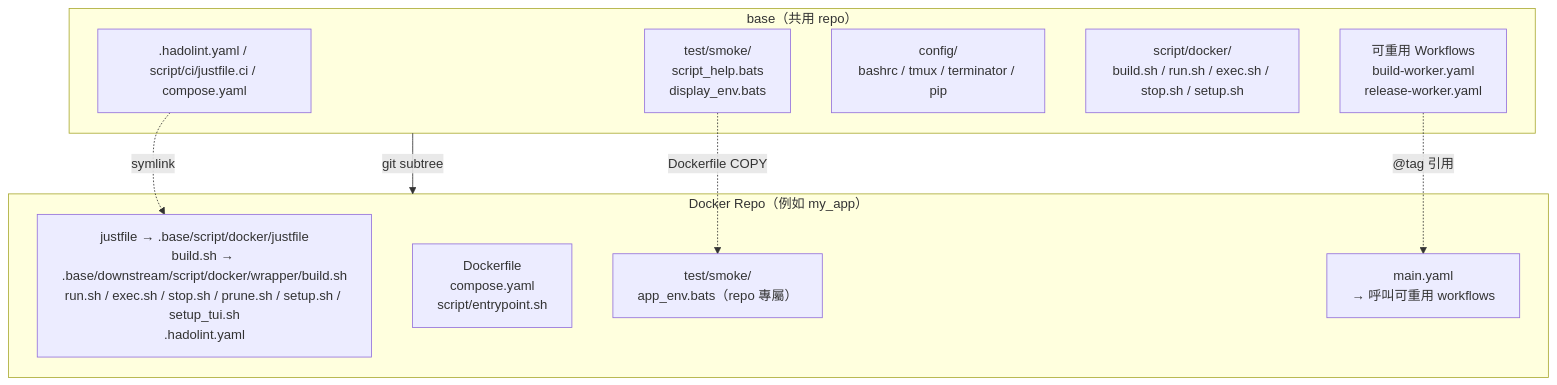
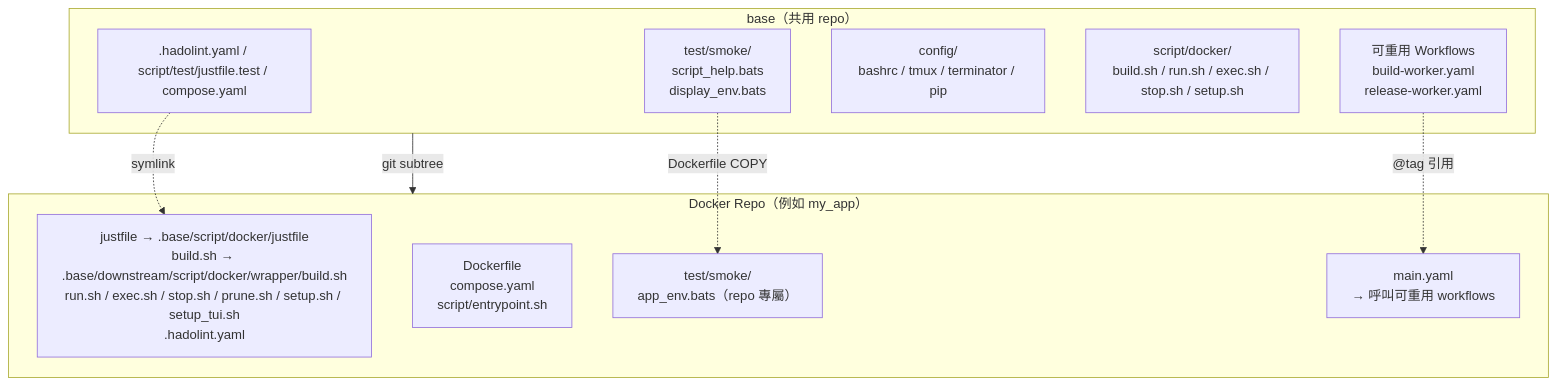
Before and after one commit to ycpss91255-docker/base: the first of 2 diagrams in doc/readme/README.zh-TW.md, drawn with Mermaid. The commit also changed other lines of this file and 24 other files, not shown here.

First line of the commit message:
refactor(test): rename ci namespace -> test (script/ci->script/test, ci.sh->test.sh, justfile.ci->justfile.test) (#650) (#660)

````diff
--- a/doc/readme/README.zh-TW.md
+++ b/doc/readme/README.zh-TW.md
@@ -79,22 +79,22 @@
 ```mermaid
 graph TB
     subgraph base["base（共用 repo）"]
-        scripts[".hadolint.yaml / script/ci/justfile.ci / compose.yaml"]
+        scripts[".hadolint.yaml / script/test/justfile.test / compose.yaml"]
         smoke["test/smoke/<br/>script_help.bats<br/>display_env.bats"]
         config["config/<br/>bashrc / tmux / terminator / pip"]
         mgmt["script/docker/<br/>build.sh / run.sh / exec.sh / stop.sh / setup.sh"]
         workflows["可重用 Workflows<br/>build-worker.yaml<br/>release-worker.yaml"]
     end
 
     subgraph consumer["Docker Repo（例如 my_app）"]
         symlinks["justfile → .base/script/docker/justfile<br/>build.sh → .base/downstream/script/docker/wrapper/build.sh<br/>run.sh / exec.sh / stop.sh / prune.sh / setup.sh / setup_tui.sh<br/>.hadolint.yaml"]
         dockerfile["Dockerfile<br/>compose.yaml<br/>script/entrypoint.sh"]
         repo_test["test/smoke/<br/>app_env.bats（repo 專屬）"]
         main_yaml["main.yaml<br/>→ 呼叫可重用 workflows"]
     end
 
     base -- "git subtree" --> consumer
     scripts -. "symlink" .-> symlinks
     smoke -. "Dockerfile COPY" .-> repo_test
     workflows -. "@tag 引用" .-> main_yaml
 ```
````
